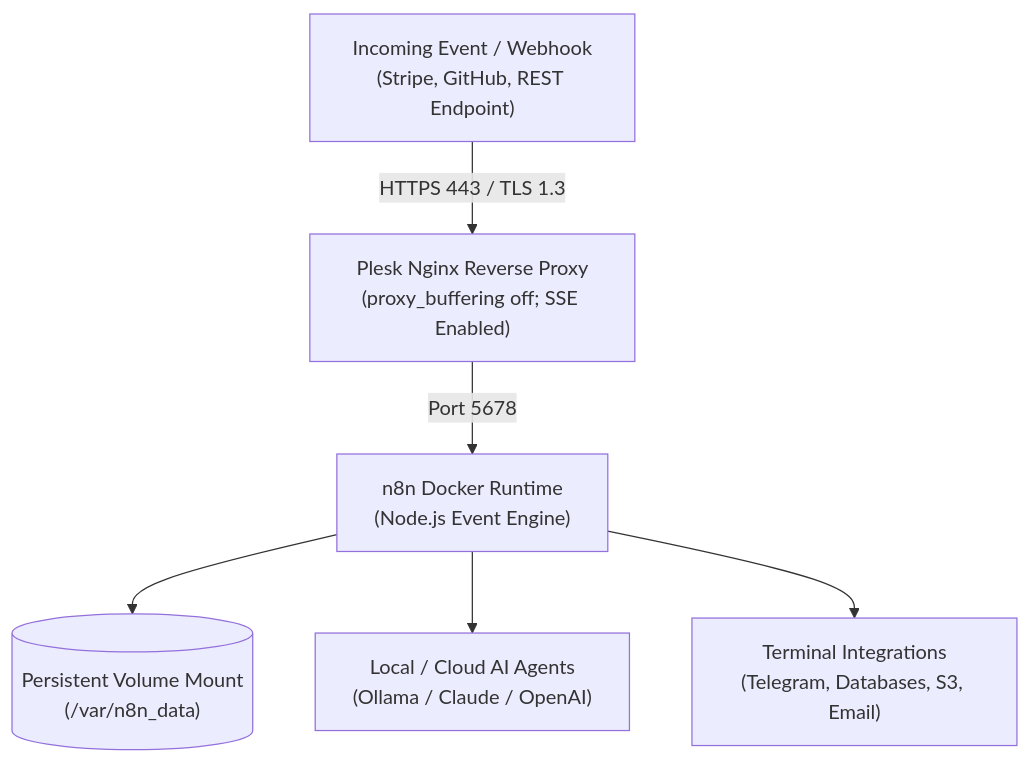
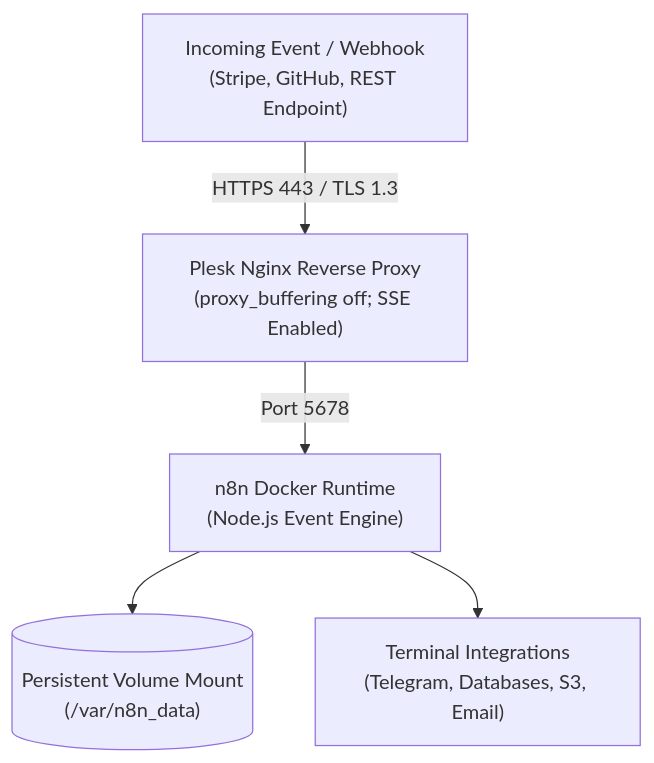
Before and after one commit to oaonuraksoy/oaonuraksoy: the second of 2 diagrams in src/content/broadcasts/en/n8n-docker-plesk-kurulumu.md, drawn with Mermaid. The commit also changed other lines of this file and 1 other file, not shown here.

Commit message:
refactor(broadcasts): replace n8n hype with 2026 Rust & MCP autonomous agent architecture comparison (v1.11.1)

````diff
--- a/src/content/broadcasts/en/n8n-docker-plesk-kurulumu.md
+++ b/src/content/broadcasts/en/n8n-docker-plesk-kurulumu.md
@@ -56,8 +110,7 @@
 ```mermaid
 flowchart TD
     Webhook["Incoming Event / Webhook<br/>(Stripe, GitHub, REST Endpoint)"] -->|HTTPS 443 / TLS 1.3| Nginx["Plesk Nginx Reverse Proxy<br/>(proxy_buffering off; SSE Enabled)"]
     Nginx -->|Port 5678| n8n["n8n Docker Runtime<br/>(Node.js Event Engine)"]
     n8n --> Storage[("Persistent Volume Mount<br/>(/var/n8n_data)")]
-    n8n --> AI["Local / Cloud AI Agents<br/>(Ollama / Claude / OpenAI)"]
     n8n --> Dest["Terminal Integrations<br/>(Telegram, Databases, S3, Email)"]
 ```
````
